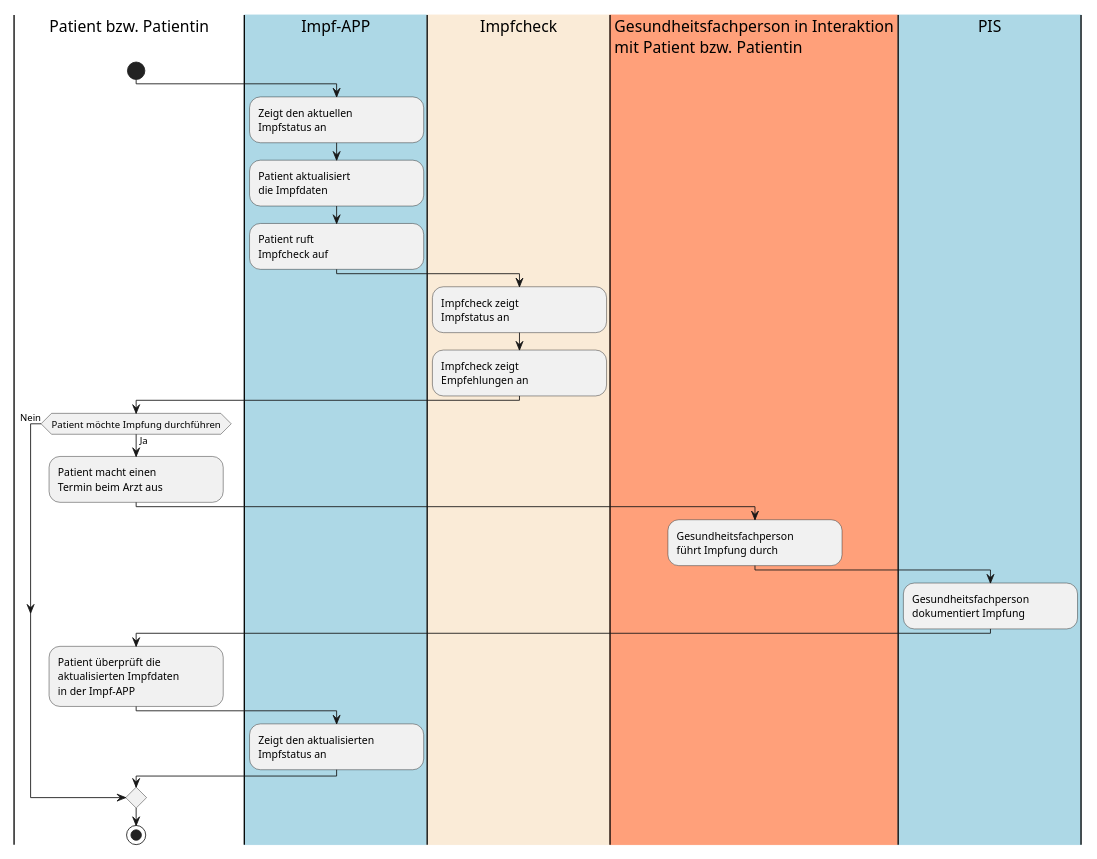
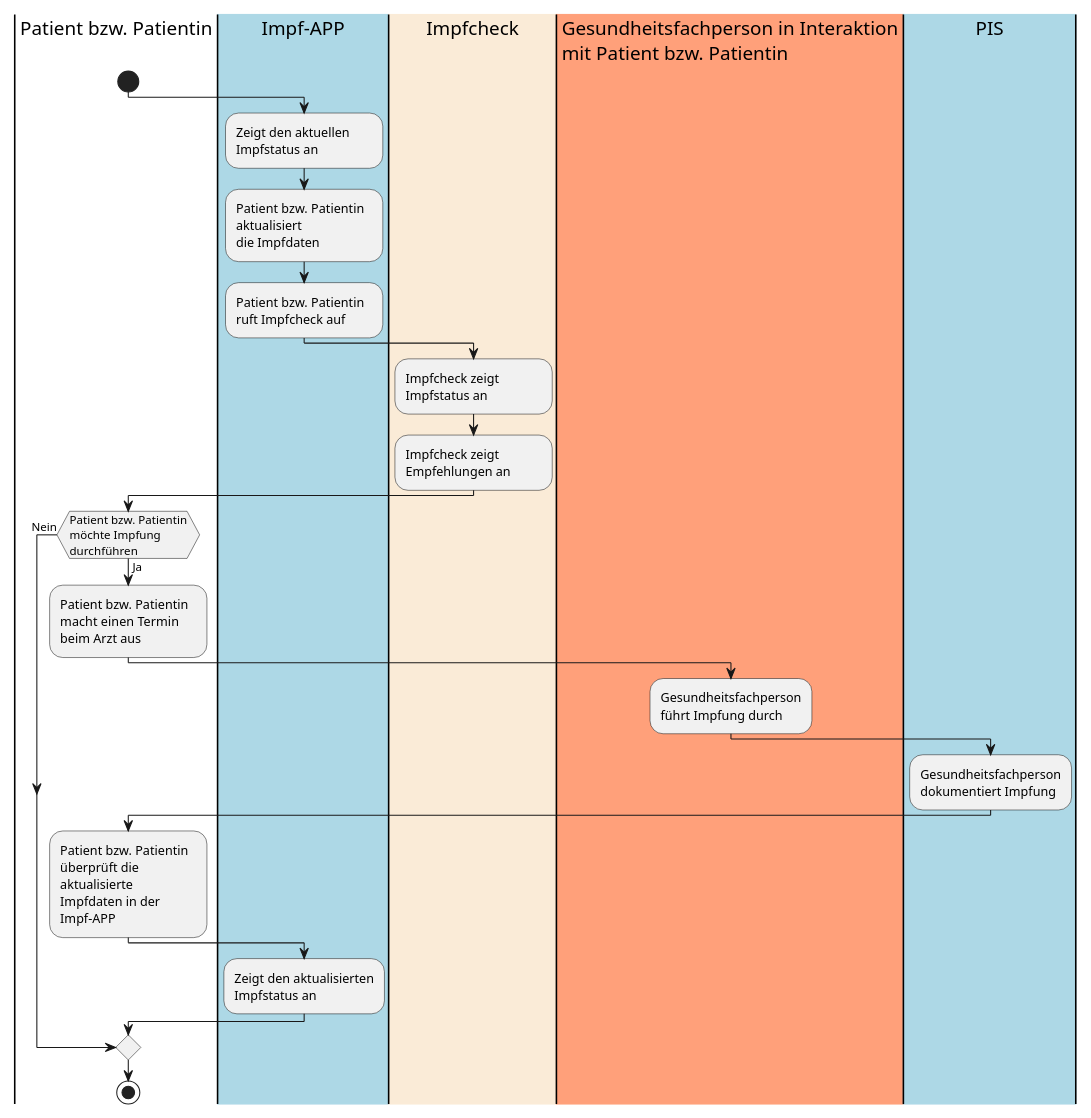
One commit to hl7ch/ch-vacd changed the diagram in input/images-source/use-case-14-impfcheck-patient-de.plantuml. Above: the diagram before and after it, drawn with PlantUML. The commit also changed 3 other files, not shown here.

```diff
--- a/input/images-source/use-case-14-impfcheck-patient-de.plantuml
+++ b/input/images-source/use-case-14-impfcheck-patient-de.plantuml
@@ -1,36 +1,36 @@
 @startuml
 scale max 800 width
 <style>
-element {MinimumWidth 200}
+element {MinimumWidth 150}
 </style>
 
 |Patient bzw. Patientin|
 start
 |#LightBlue|Impf-APP|
 :Zeigt den aktuellen\nImpfstatus an;
-:Patient aktualisiert\ndie Impfdaten; 
-:Patient ruft\nImpfcheck auf;
+:Patient bzw. Patientin\naktualisiert\ndie Impfdaten; 
+:Patient bzw. Patientin\nruft Impfcheck auf;
 
 |#AntiqueWhite|Impfcheck|
 :Impfcheck zeigt\nImpfstatus an;
 :Impfcheck zeigt\nEmpfehlungen an;
 
 |Patient bzw. Patientin|
-if (Patient möchte Impfung durchführen) then (Ja)
-  :Patient macht einen\nTermin beim Arzt aus;
+if (Patient bzw. Patientin\nmöchte Impfung\ndurchführen) then (Ja)
+  :Patient bzw. Patientin\nmacht einen Termin\nbeim Arzt aus;
   |#LightSalmon|Gesundheitsfachperson in Interaktion\nmit Patient bzw. Patientin|
   :Gesundheitsfachperson\nführt Impfung durch;
   |#LightBlue|PIS|
   :Gesundheitsfachperson\ndokumentiert Impfung;
   |Patient bzw. Patientin|
-  :Patient überprüft die\naktualisierten Impfdaten\nin der Impf-APP;
+  :Patient bzw. Patientin\nüberprüft die\naktualisierte\nImpfdaten in der\nImpf-APP;
   |Impf-APP|
   :Zeigt den aktualisierten\nImpfstatus an;
 else (Nein)
 
 endif
 |Patient bzw. Patientin|
 stop
 
 
 @enduml
```
